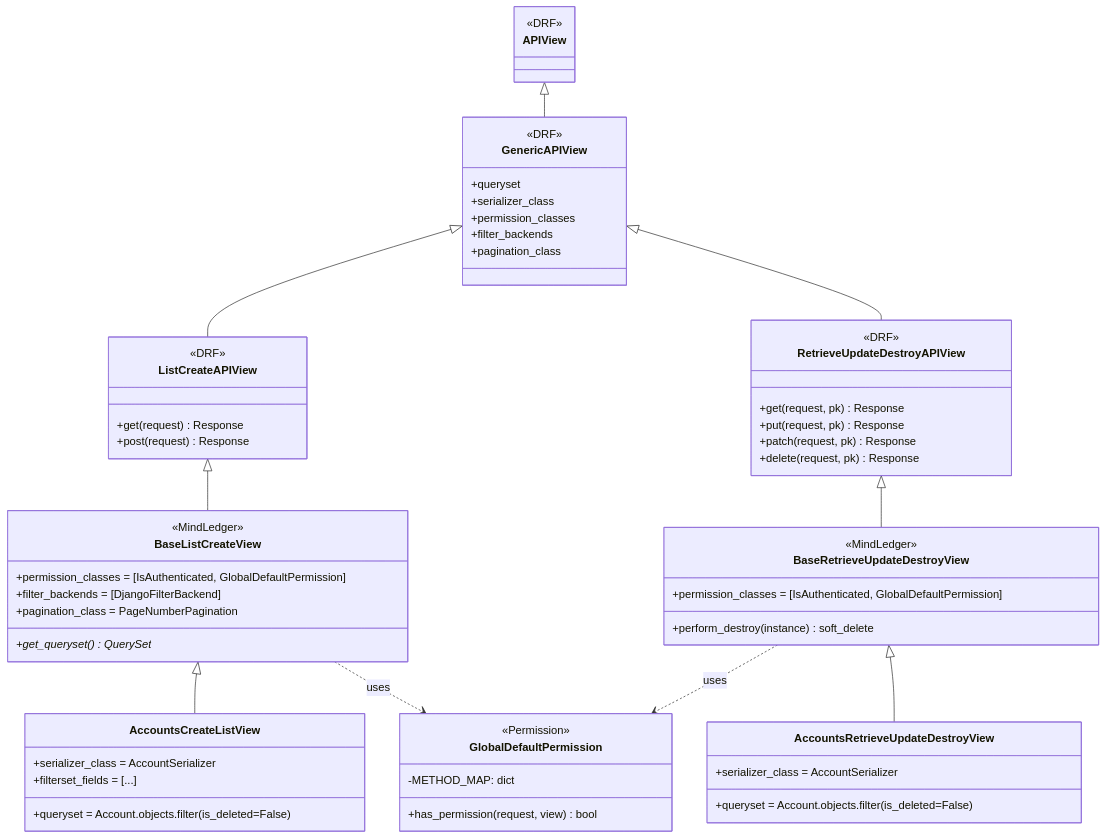
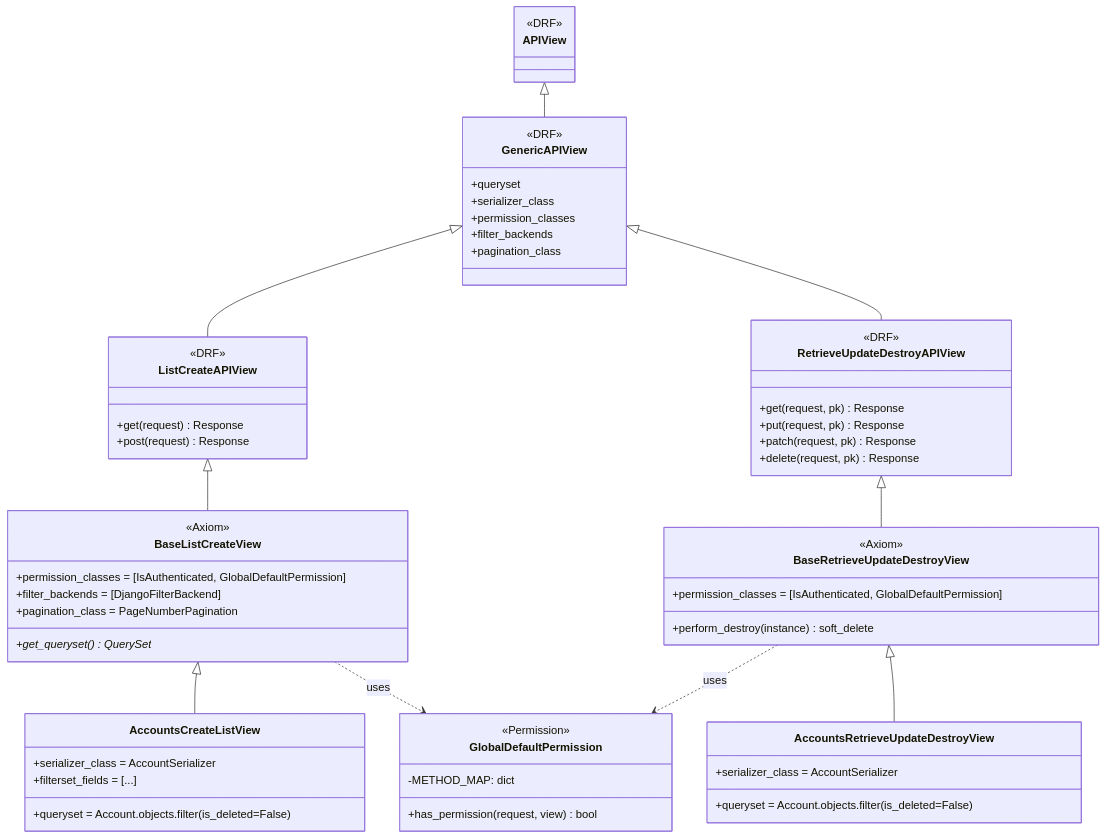
One commit to tarcisioribeiro/Axiom changed the eighth of 13 diagrams in documentation/architecture/diagrams.md. Above: the diagram before and after it, drawn with Mermaid. The commit also changed other lines of this file and 236 other files, not shown here.

Commit message:
chore(k8s): rename MindLedger to Axiom in manifests and scripts

````diff
--- a/documentation/architecture/diagrams.md
+++ b/documentation/architecture/diagrams.md
@@ -540,70 +540,70 @@
 ```mermaid
 classDiagram
     class APIView {
         <<DRF>>
     }
 
     class GenericAPIView {
         <<DRF>>
         +queryset
         +serializer_class
         +permission_classes
         +filter_backends
         +pagination_class
     }
 
     class ListCreateAPIView {
         <<DRF>>
         +get(request) Response
         +post(request) Response
     }
 
     class RetrieveUpdateDestroyAPIView {
         <<DRF>>
         +get(request, pk) Response
         +put(request, pk) Response
         +patch(request, pk) Response
         +delete(request, pk) Response
     }
 
     class BaseListCreateView {
-        <<MindLedger>>
+        <<Axiom>>
         +permission_classes = [IsAuthenticated, GlobalDefaultPermission]
         +filter_backends = [DjangoFilterBackend]
         +pagination_class = PageNumberPagination
         +get_queryset()* QuerySet
     }
 
     class BaseRetrieveUpdateDestroyView {
-        <<MindLedger>>
+        <<Axiom>>
         +permission_classes = [IsAuthenticated, GlobalDefaultPermission]
         +perform_destroy(instance) soft_delete
     }
 
     class AccountsCreateListView {
         +queryset = Account.objects.filter(is_deleted=False)
         +serializer_class = AccountSerializer
         +filterset_fields = [...]
     }
 
     class AccountsRetrieveUpdateDestroyView {
         +queryset = Account.objects.filter(is_deleted=False)
         +serializer_class = AccountSerializer
     }
 
     class GlobalDefaultPermission {
         <<Permission>>
         +has_permission(request, view) bool
         -METHOD_MAP: dict
     }
 
     APIView <|-- GenericAPIView
     GenericAPIView <|-- ListCreateAPIView
     GenericAPIView <|-- RetrieveUpdateDestroyAPIView
     ListCreateAPIView <|-- BaseListCreateView
     RetrieveUpdateDestroyAPIView <|-- BaseRetrieveUpdateDestroyView
     BaseListCreateView <|-- AccountsCreateListView
     BaseRetrieveUpdateDestroyView <|-- AccountsRetrieveUpdateDestroyView
     BaseListCreateView ..> GlobalDefaultPermission : uses
     BaseRetrieveUpdateDestroyView ..> GlobalDefaultPermission : uses
 ```
````
